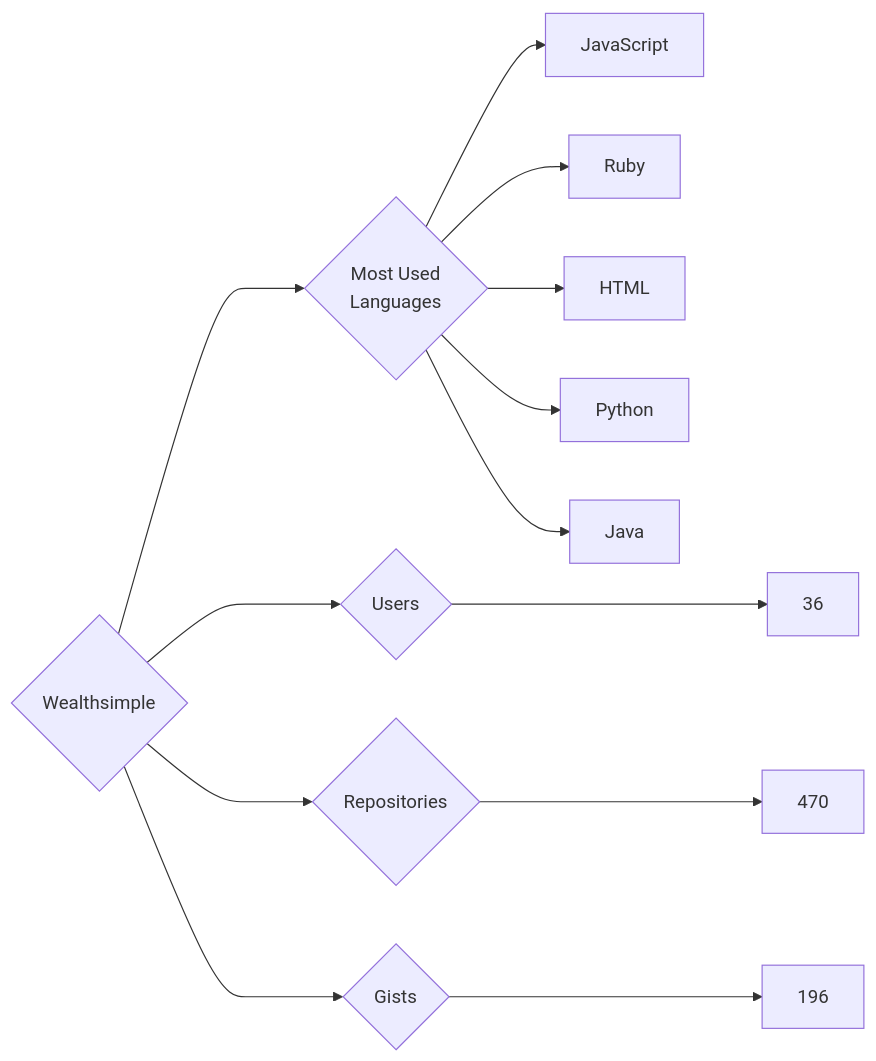
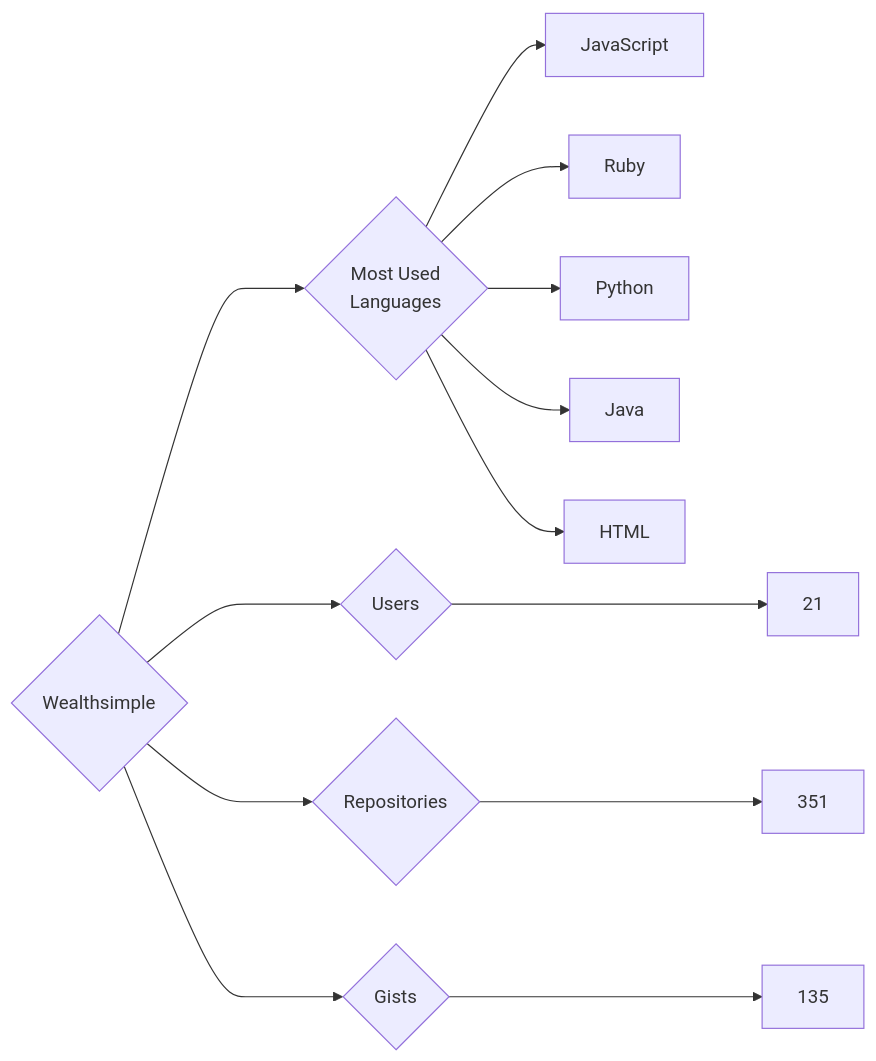
One commit to trickest/insiders changed the diagram in targets/Wealthsimple/README.md. Above: the diagram before and after it, drawn with Mermaid. The commit also changed 773 other files, not shown here.

````diff
--- a/targets/Wealthsimple/README.md
+++ b/targets/Wealthsimple/README.md
@@ -3,13 +3,13 @@
 ```mermaid
 graph LR
 COMPANY_NAME{Wealthsimple}
-COMPANY_NAME ---> U{Users} ---> UN[36]
-COMPANY_NAME ---> R{Repositories} ---> RN[470]
-COMPANY_NAME ---> G{Gists} ---> GN[196]
+COMPANY_NAME ---> U{Users} ---> UN[21]
+COMPANY_NAME ---> R{Repositories} ---> RN[351]
+COMPANY_NAME ---> G{Gists} ---> GN[135]
 COMPANY_NAME ---> ML{Most Used<br>Languages}
 ML --> JavaScript[JavaScript]
 ML --> Ruby[Ruby]
-ML --> HTML[HTML]
 ML --> Python[Python]
 ML --> Java[Java]
+ML --> HTML[HTML]
 ```
````
